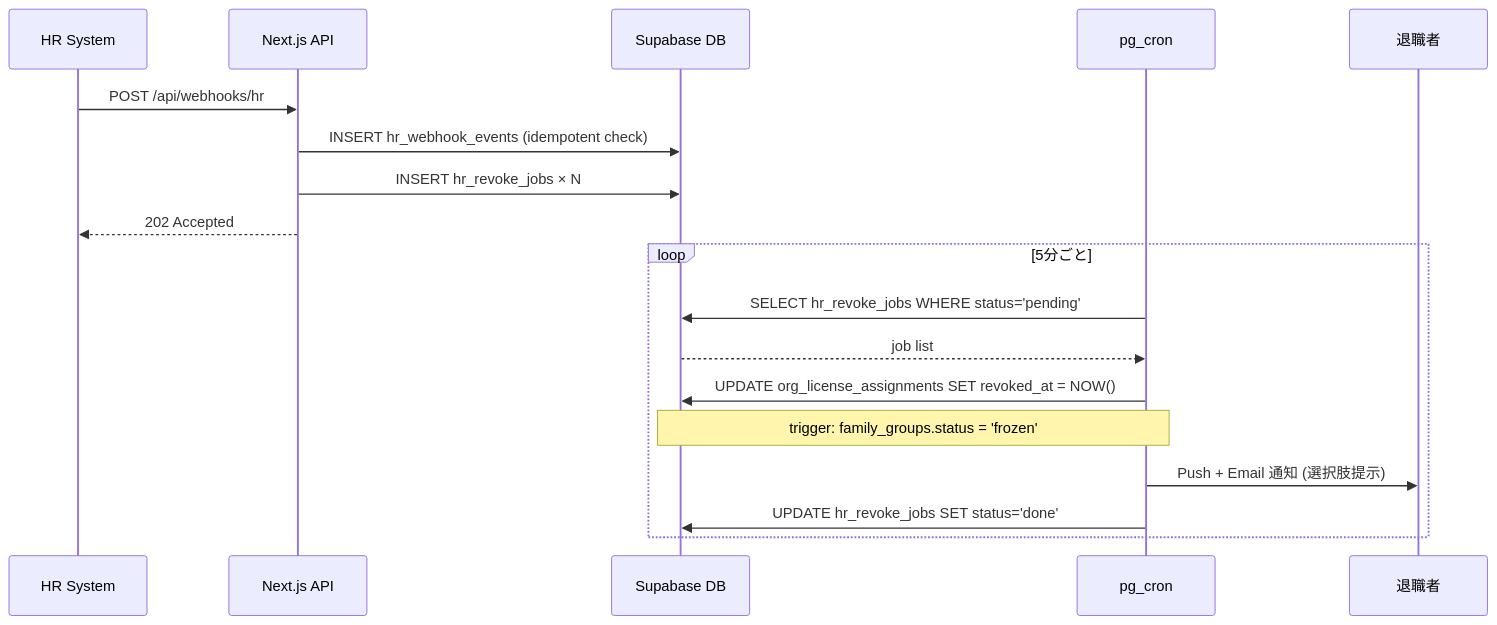
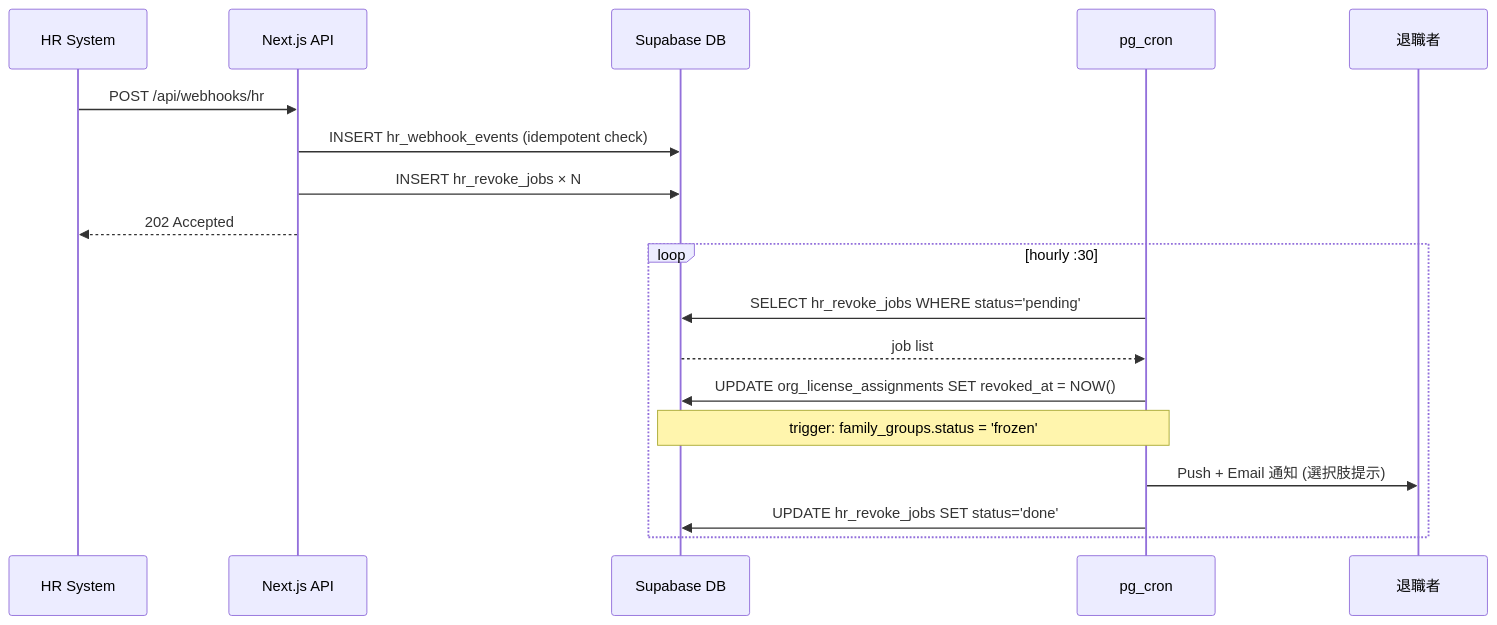
The second of 2 diagrams in docs/design/org/02-api-spec.md (DaisukeHori/homegohan-app), drawn with Mermaid before and after one commit. The commit also changed 7 other files, not shown here.

````diff
--- a/docs/design/org/02-api-spec.md
+++ b/docs/design/org/02-api-spec.md
@@ -1005,22 +1005,22 @@
 ```mermaid
 sequenceDiagram
   participant HR as HR System
   participant API as Next.js API
   participant DB as Supabase DB
   participant Cron as pg_cron
   participant User as 退職者
 
   HR->>API: POST /api/webhooks/hr
   API->>DB: INSERT hr_webhook_events (idempotent check)
   API->>DB: INSERT hr_revoke_jobs × N
   API-->>HR: 202 Accepted
 
-  loop 5分ごと
+  loop hourly :30
     Cron->>DB: SELECT hr_revoke_jobs WHERE status='pending'
     DB-->>Cron: job list
     Cron->>DB: UPDATE org_license_assignments SET revoked_at = NOW()
     Note over Cron,DB: trigger: family_groups.status = 'frozen'
     Cron->>User: Push + Email 通知 (選択肢提示)
     Cron->>DB: UPDATE hr_revoke_jobs SET status='done'
   end
 ```
````
